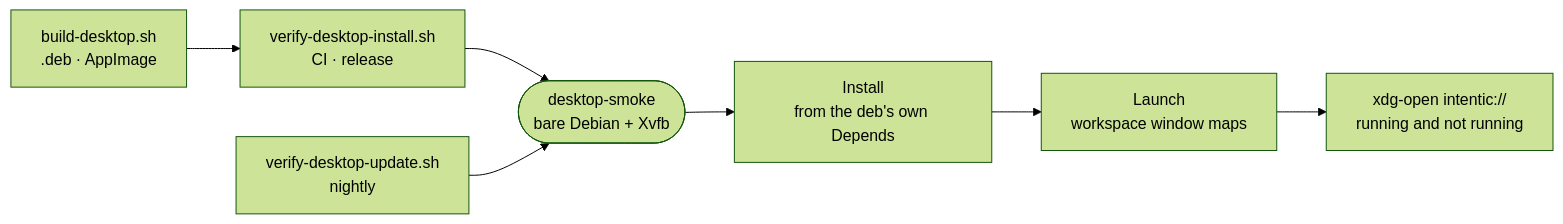
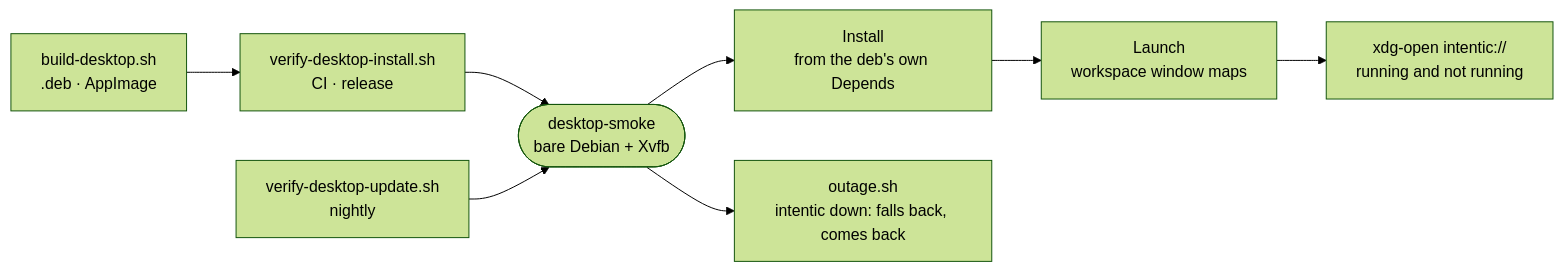
The diagram in _tools/desktop-smoke/README.md (intentic/intentic), drawn with Mermaid (forest theme) before and after one commit. The commit also changed other lines of this file and 84 other files, not shown here.

````diff
--- a/_tools/desktop-smoke/README.md
+++ b/_tools/desktop-smoke/README.md
@@ -5,9 +5,10 @@
 ```mermaid
 flowchart LR
     build["build-desktop.sh<br/>.deb · AppImage"] --> verify["verify-desktop-install.sh<br/>CI · release"]
     verify --> img(["desktop-smoke<br/>bare Debian + Xvfb"])
     img --> install["Install<br/>from the deb's own Depends"]
     install --> launch["Launch<br/>workspace window maps"]
     launch --> link["xdg-open intentic://<br/>running and not running"]
     nightly["verify-desktop-update.sh<br/>nightly"] --> img
+    img --> outage["outage.sh<br/>intentic down: falls back, comes back"]
 ```
````
